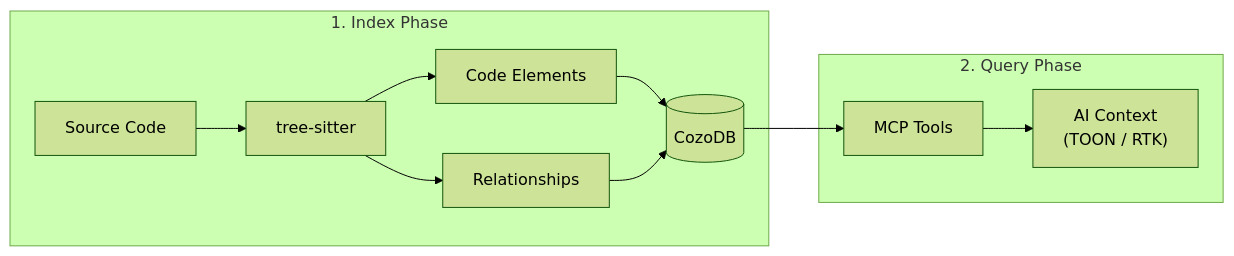
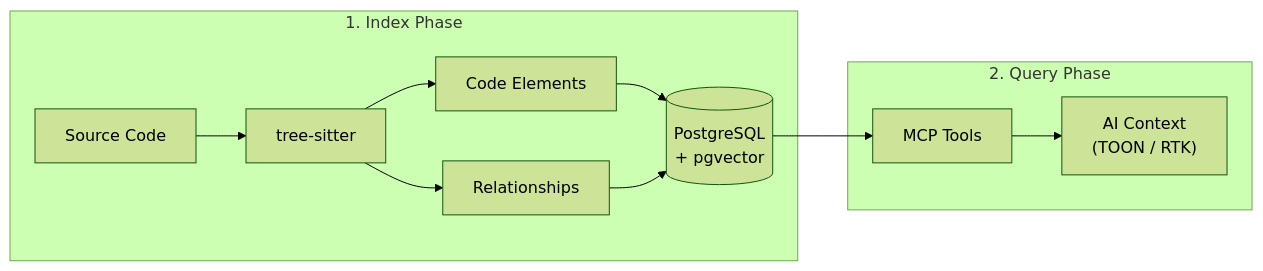
One commit to FreePeak/LeanKG changed the second of 2 diagrams in docs/architecture.md. Above: the diagram before and after it, drawn with Mermaid (forest theme). The commit also changed other lines of this file and 114 other files, not shown here.

````diff
--- a/docs/architecture.md
+++ b/docs/architecture.md
@@ -49,15 +49,15 @@
 ```mermaid
 graph LR
     subgraph "1. Index Phase"
         A["Source Code"] --> B["tree-sitter"]
         B --> C["Code Elements"]
         B --> D["Relationships"]
-        C --> E[("CozoDB")]
+        C --> E[("PostgreSQL<br/>+ pgvector")]
         D --> E
     end
 
     subgraph "2. Query Phase"
         E --> F["MCP Tools"]
         F --> G["AI Context<br/>(TOON / RTK)"]
     end
 ```
````
